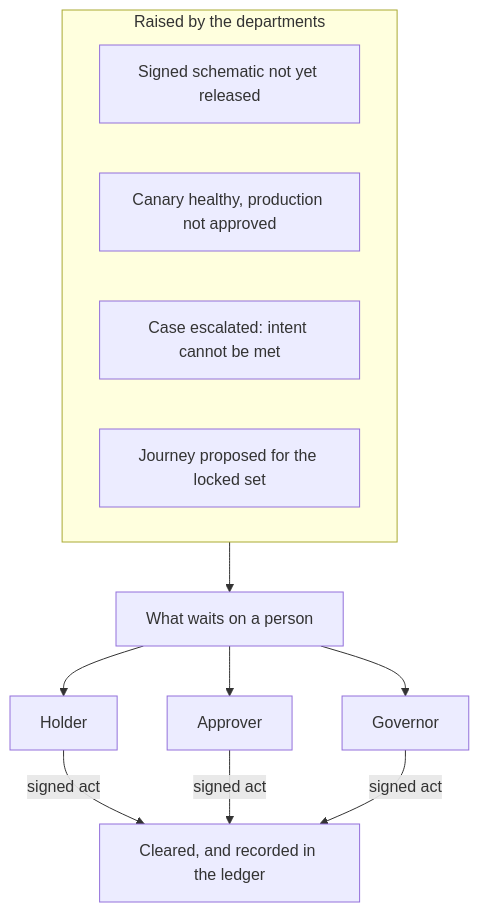
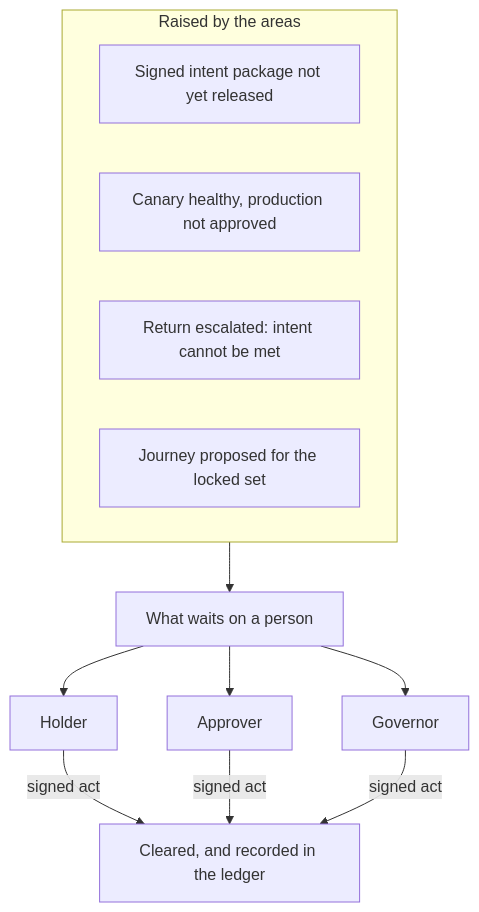
The third of 4 diagrams in intent/papers/mission-control.md (russlittle/ZTHR), drawn with Mermaid before and after one commit. The commit also changed other lines of this file and 13 other files, not shown here.

````diff
--- a/intent/papers/mission-control.md
+++ b/intent/papers/mission-control.md
@@ -81,14 +110,14 @@
 ```mermaid
 flowchart TB
-  subgraph Raised["Raised by the departments"]
-    s1[Signed schematic not yet released]
+  subgraph Raised["Raised by the areas"]
+    s1[Signed intent package not yet released]
     s2[Canary healthy, production not approved]
-    s3[Case escalated: intent cannot be met]
+    s3[Return escalated: intent cannot be met]
     s4[Journey proposed for the locked set]
   end
   Raised --> Q[What waits on a person]
   Q --> P1[Holder]
   Q --> P2[Approver]
   Q --> P3[Governor]
   P1 & P2 & P3 -->|signed act| Done[Cleared, and recorded in the ledger]
 ```
````
